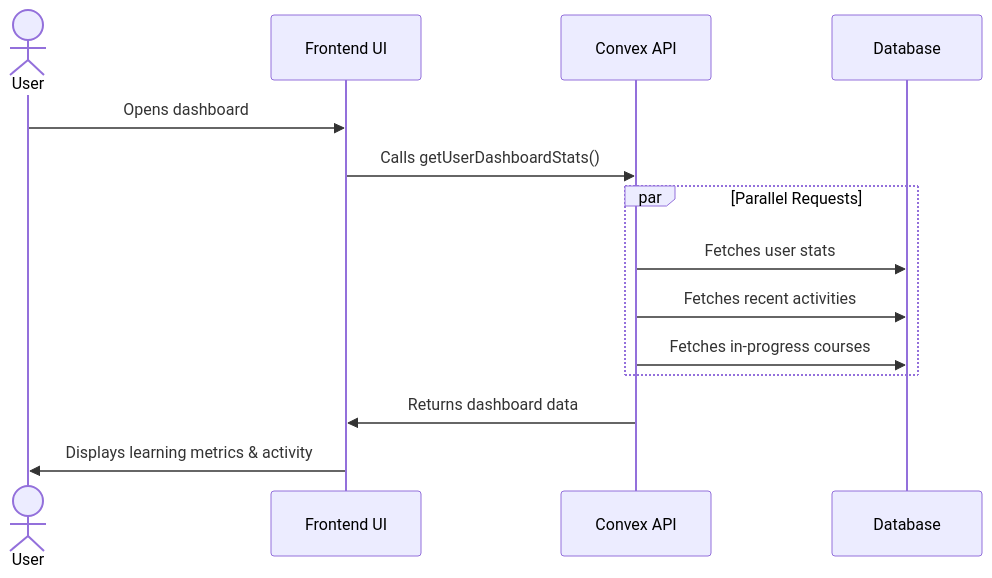
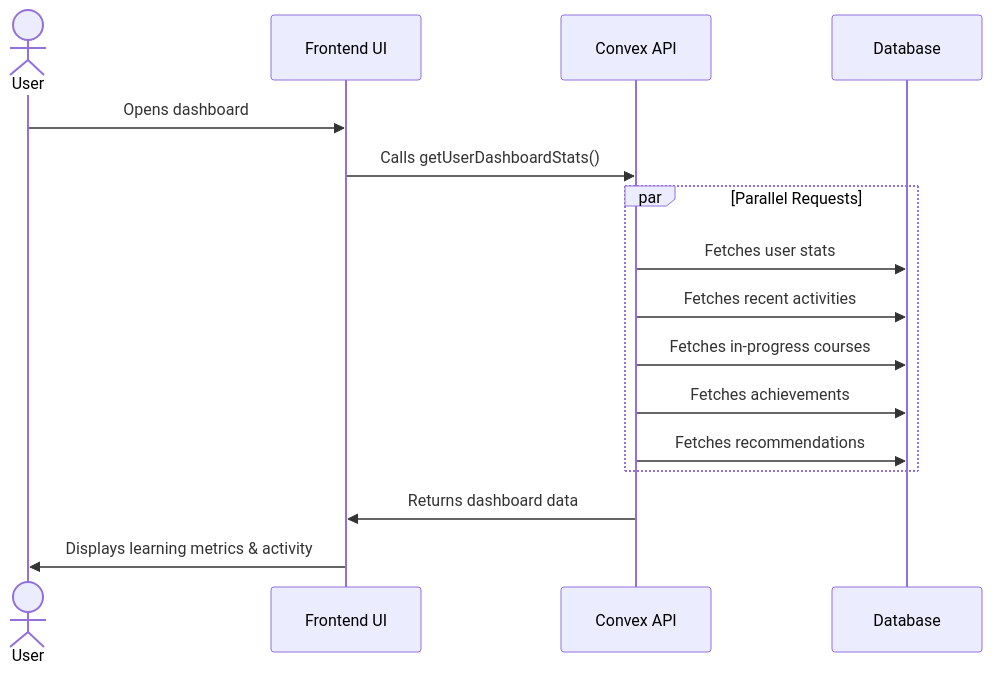
One commit to codeKobby/tenzzen-app changed the seventh of 8 diagrams in docs/DATABASE_ARCHITECTURE.md. Above: the diagram before and after it, drawn with Mermaid. The commit also changed other lines of this file and 13 other files, not shown here.

````diff
--- a/docs/DATABASE_ARCHITECTURE.md
+++ b/docs/DATABASE_ARCHITECTURE.md
@@ -413,19 +478,21 @@
 ```mermaid
 sequenceDiagram
     actor User
     participant UI as Frontend UI
     participant API as Convex API
     participant DB as Database
 
     User->>UI: Opens dashboard
     UI->>API: Calls getUserDashboardStats()
 
     par Parallel Requests
         API->>DB: Fetches user stats
         API->>DB: Fetches recent activities
         API->>DB: Fetches in-progress courses
+        API->>DB: Fetches achievements
+        API->>DB: Fetches recommendations
     end
 
     API->>UI: Returns dashboard data
     UI->>User: Displays learning metrics & activity
 ```
````
